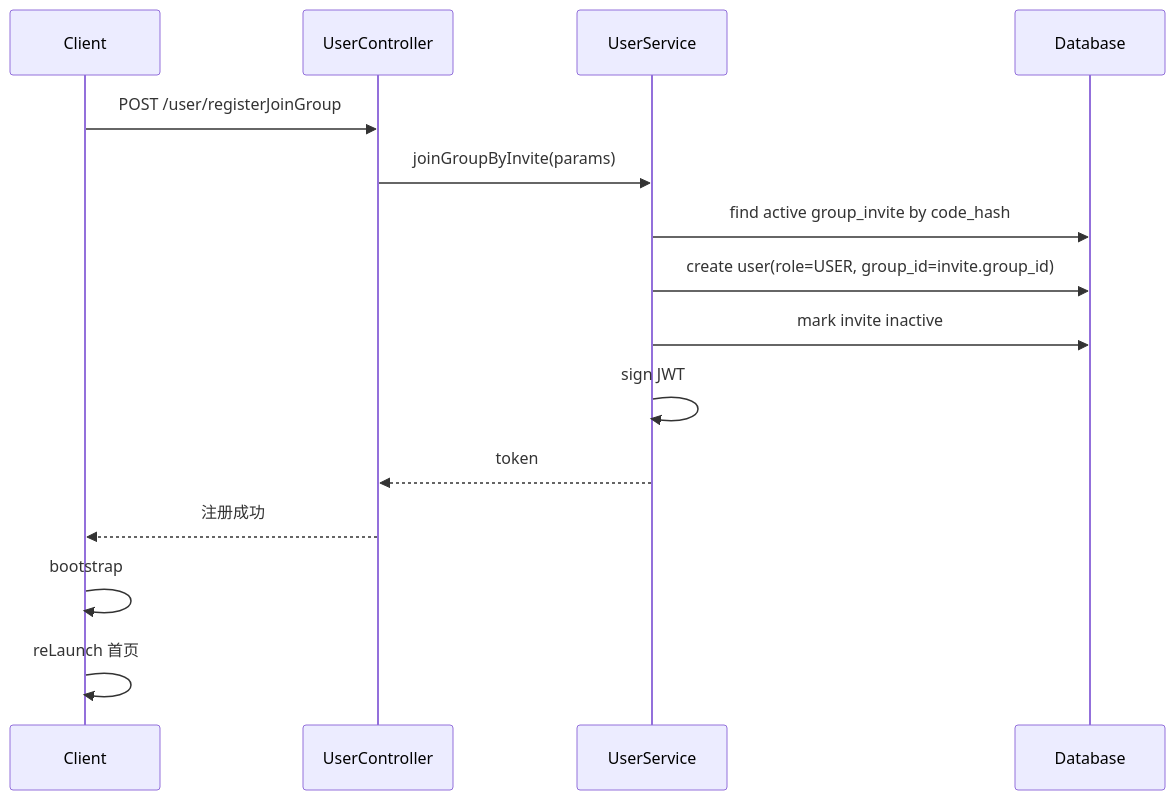
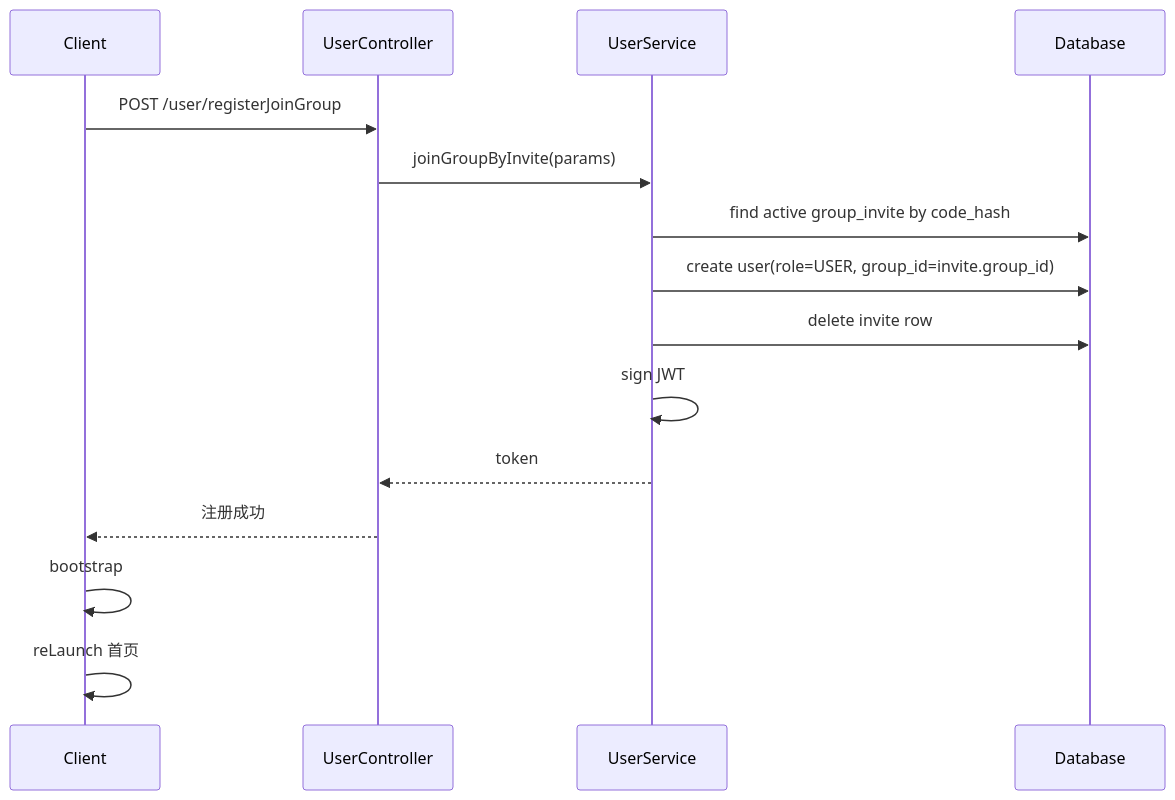
The second of 2 diagrams in sprout-mate/register/specs/solution.md (karmiy/rc-obsidian-docs), drawn with Mermaid before and after one commit. The commit also changed other lines of this file and 16 other files, not shown here.

````diff
--- a/sprout-mate/register/specs/solution.md
+++ b/sprout-mate/register/specs/solution.md
@@ -212,18 +225,18 @@
 ```mermaid
 sequenceDiagram
   participant C as Client
   participant U as UserController
   participant S as UserService
   participant DB as Database
 
   C->>U: POST /user/registerJoinGroup
   U->>S: joinGroupByInvite(params)
   S->>DB: find active group_invite by code_hash
   S->>DB: create user(role=USER, group_id=invite.group_id)
-  S->>DB: mark invite inactive
+  S->>DB: delete invite row
   S->>S: sign JWT
   S-->>U: token
   U-->>C: 注册成功
   C->>C: bootstrap
   C->>C: reLaunch 首页
 ```
````
